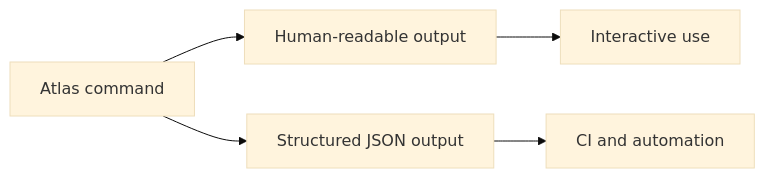
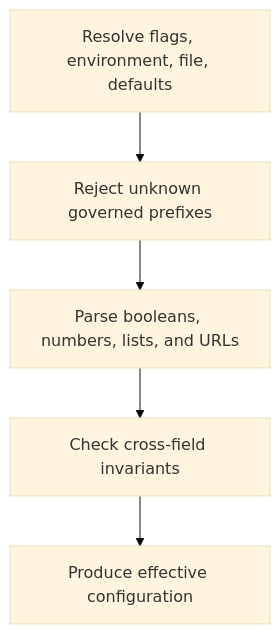
Before and after one commit to bijux/bijux-atlas: the second of 2 diagrams in docs/bijux-atlas/interfaces/configuration-and-output.md, drawn with Mermaid (base theme). The commit also changed other lines of this file and 2 other files, not shown here.

Commit message:
docs(cli): map commands configuration and environment contracts

````diff
--- a/docs/bijux-atlas/interfaces/configuration-and-output.md
+++ b/docs/bijux-atlas/interfaces/configuration-and-output.md
@@ -43,7 +95,7 @@
 ```mermaid
-flowchart LR
-    Command[Atlas command] --> Human[Human-readable output]
-    Command --> Json[Structured JSON output]
-    Json --> CI[CI and automation]
-    Human --> Reader[Interactive use]
+flowchart TD
+    Resolve[Resolve flags, environment, file, defaults] --> Allowlist[Reject unknown governed prefixes]
+    Allowlist --> Types[Parse booleans, numbers, lists, and URLs]
+    Types --> Relations[Check cross-field invariants]
+    Relations --> Effective[Produce effective configuration]
 ```
````
